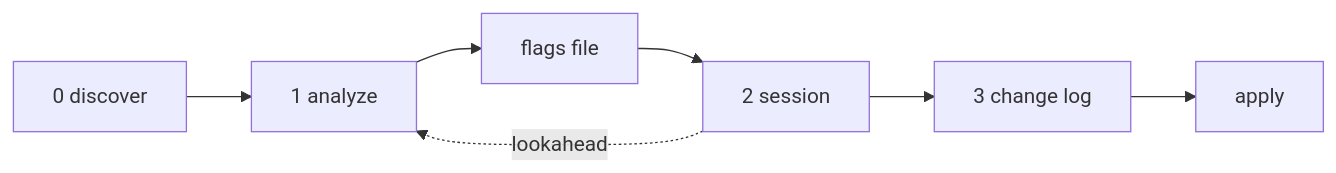
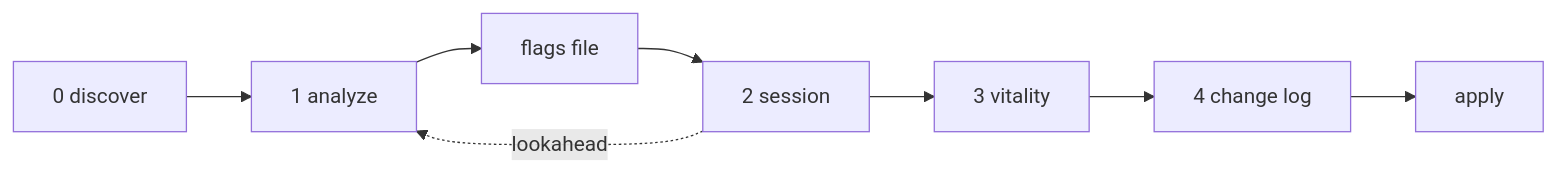
The diagram in tools/novelist/workshop.md (cppalliance/tools-public), drawn with Mermaid before and after one commit. The commit also changed other lines of this file, not shown here.

Commit message:
Add Vitality injection to workshop.md

````diff
--- a/tools/novelist/workshop.md
+++ b/tools/novelist/workshop.md
@@ -13,9 +13,10 @@
 ```mermaid
 flowchart LR
     S0["0 discover"] --> S1["1 analyze"]
     S1 --> flags["flags file"]
     flags --> S2["2 session"]
-    S2 --> S3["3 change log"]
-    S3 --> apply["apply"]
+    S2 --> S3["3 vitality"]
+    S3 --> S4["4 change log"]
+    S4 --> apply["apply"]
     S2 -.->|"lookahead"| S1
 ```
````
